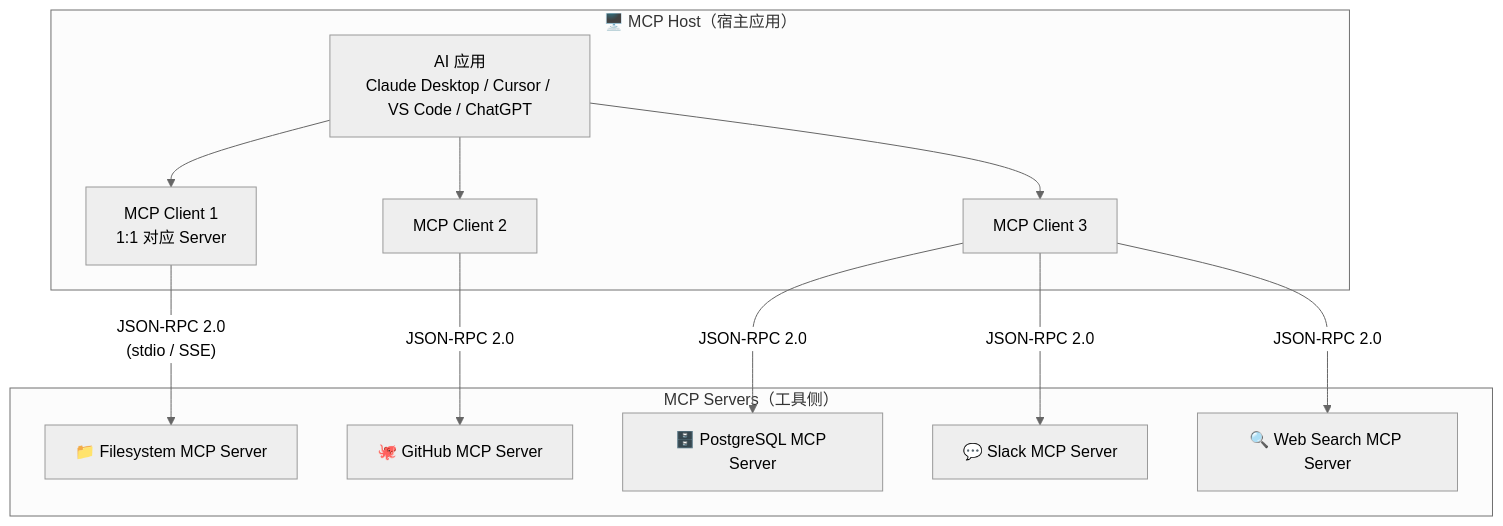
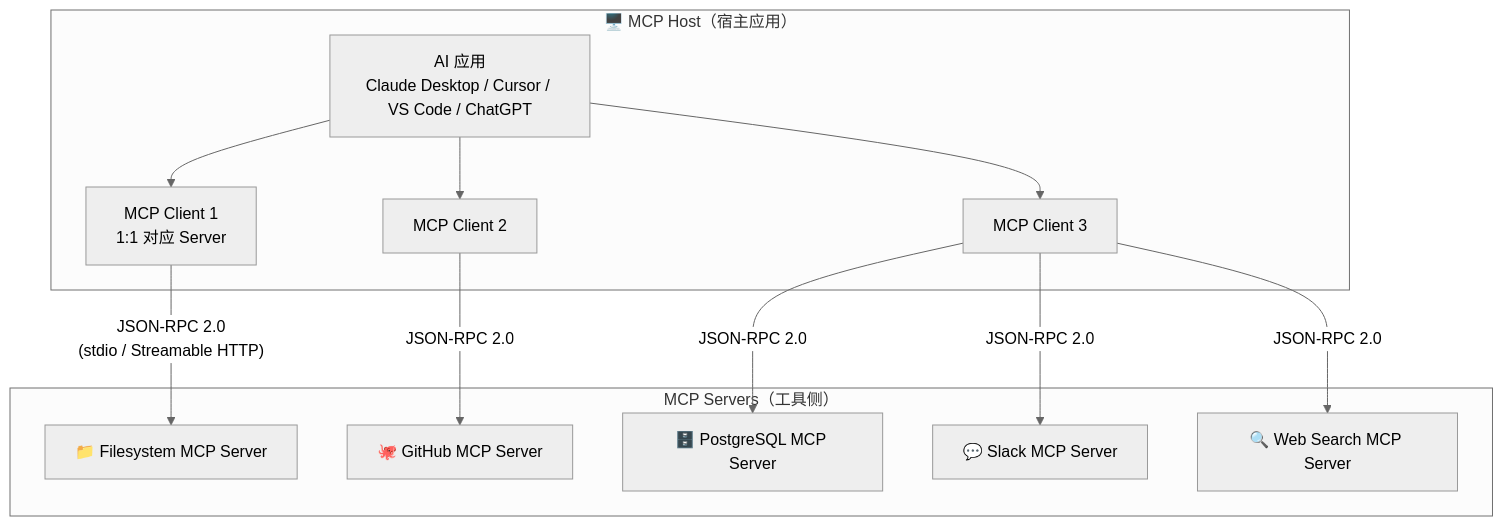
One commit to TingdeLiu/tingdeliu.github.io changed diagram 26 of 50 in _posts/research/2026-03-05-AI-Agent-Survey.md. Above: the diagram before and after it, drawn with Mermaid (neutral theme). The commit also changed other lines of this file, not shown here.

````diff
--- a/_posts/research/2026-03-05-AI-Agent-Survey.md
+++ b/_posts/research/2026-03-05-AI-Agent-Survey.md
@@ -1698,22 +1699,22 @@
 ```mermaid
 flowchart TB
     subgraph Host["🖥️ MCP Host（宿主应用）"]
         APP["AI 应用\nClaude Desktop / Cursor / VS Code / ChatGPT"]
         C1["MCP Client 1\n1:1 对应 Server"]
         C2["MCP Client 2"]
         C3["MCP Client 3"]
         APP --> C1 & C2 & C3
     end
 
     subgraph Servers["MCP Servers（工具侧）"]
         S1["📁 Filesystem MCP Server"]
         S2["🐙 GitHub MCP Server"]
         S3["🗄️ PostgreSQL MCP Server"]
         S4["💬 Slack MCP Server"]
         S5["🔍 Web Search MCP Server"]
     end
 
-    C1 -->|"JSON-RPC 2.0\n(stdio / SSE)"| S1
+    C1 -->|"JSON-RPC 2.0\n(stdio / Streamable HTTP)"| S1
     C2 -->|"JSON-RPC 2.0"| S2
     C3 -->|"JSON-RPC 2.0"| S3 & S4 & S5
 ```
````
